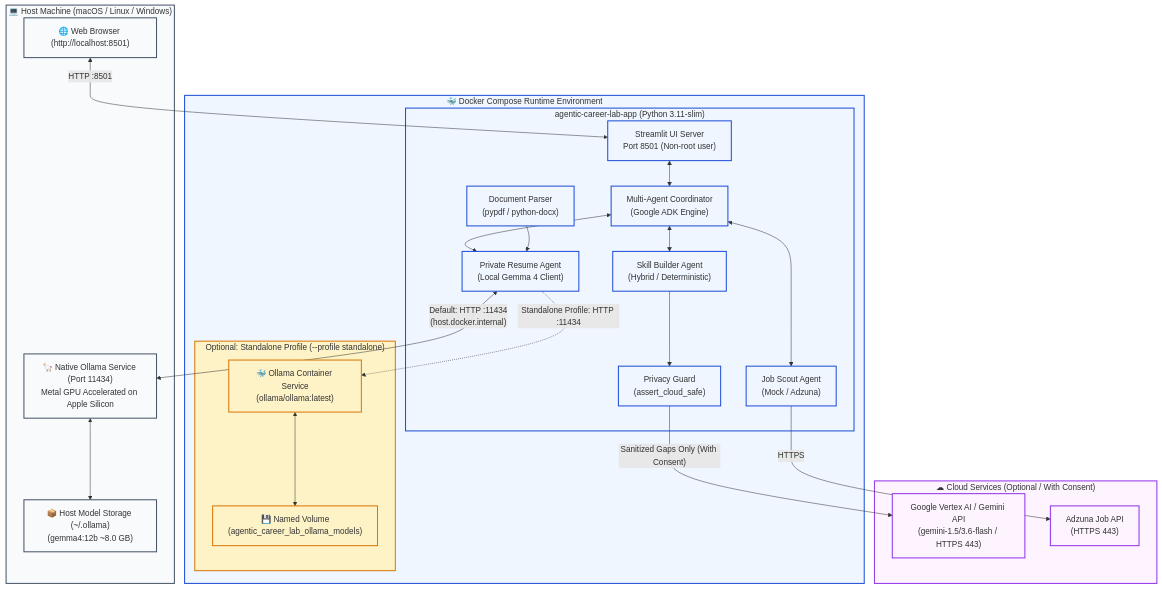
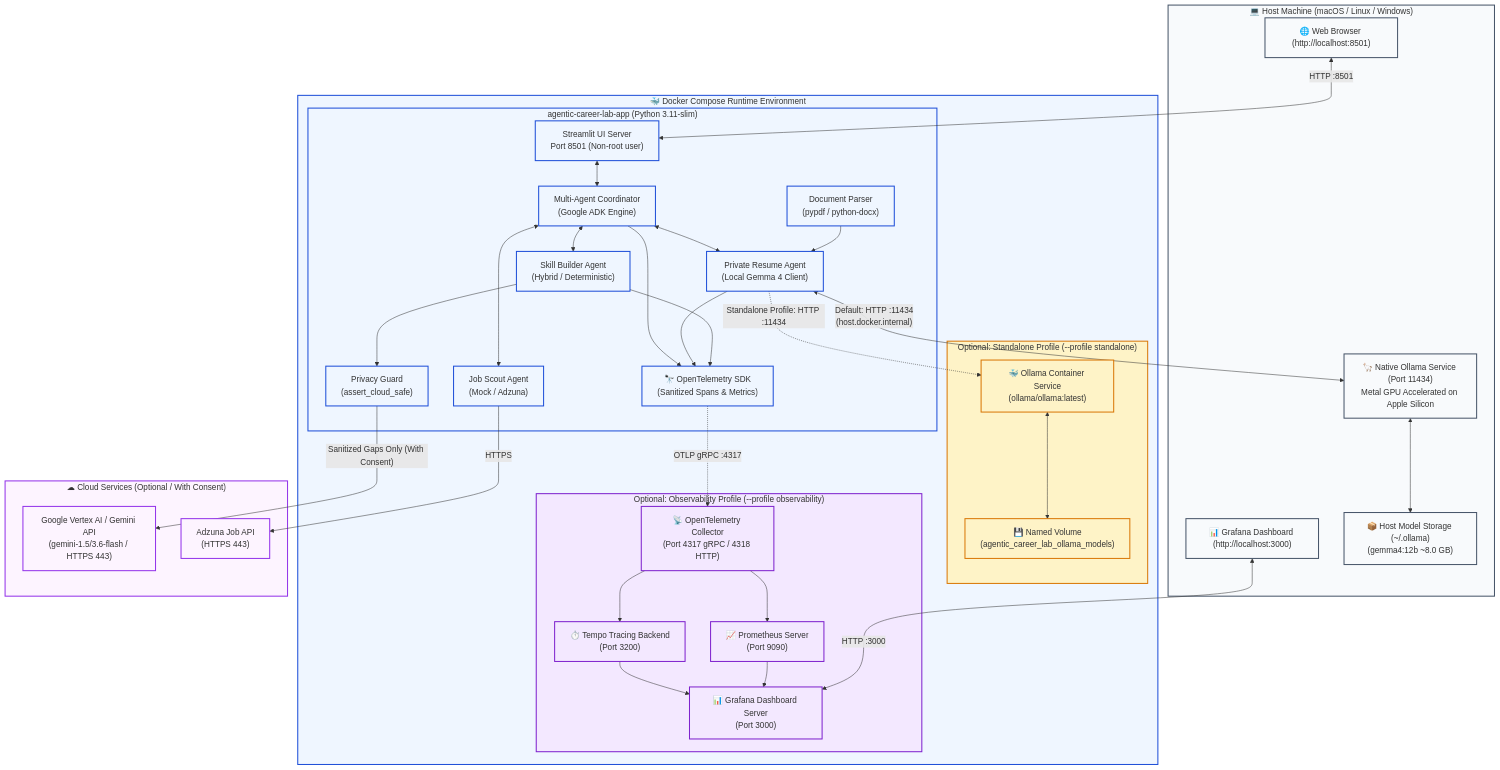
One commit to hastimal/agentic-career-lab changed the diagram in docs/diagrams/docker-architecture.mmd. Above: the diagram before and after it, drawn with Mermaid. The commit also changed 19 other files, not shown here.

Commit message:
feat(observability): Milestone 8 — OpenTelemetry, Grafana observability and evaluation

```diff
--- a/docs/diagrams/docker-architecture.mmd
+++ b/docs/diagrams/docker-architecture.mmd
@@ -1,53 +1,74 @@
 flowchart TD
     subgraph Host ["💻 Host Machine (macOS / Linux / Windows)"]
         Browser["🌐 Web Browser (http://localhost:8501)"]
+        GrafanaUI["📊 Grafana Dashboard (http://localhost:3000)"]
         OllamaNative["🦙 Native Ollama Service (Port 11434)<br/>Metal GPU Accelerated on Apple Silicon"]
         GemmaNativeStorage["📦 Host Model Storage (~/.ollama)<br/>(gemma4:12b ~8.0 GB)"]
         OllamaNative <--> GemmaNativeStorage
     end
 
     subgraph DockerCompose ["🐳 Docker Compose Runtime Environment"]
         subgraph AppContainer ["agentic-career-lab-app (Python 3.11-slim)"]
             StreamlitServer["Streamlit UI Server<br/>Port 8501 (Non-root user)"]
             CoordEngine["Multi-Agent Coordinator<br/>(Google ADK Engine)"]
             ResumeParser["Document Parser<br/>(pypdf / python-docx)"]
             ResumeAgentEngine["Private Resume Agent<br/>(Local Gemma 4 Client)"]
             JobScoutEngine["Job Scout Agent<br/>(Mock / Adzuna)"]
             SkillPlannerEngine["Skill Builder Agent<br/>(Hybrid / Deterministic)"]
             PrivacyGuardModule["Privacy Guard<br/>(assert_cloud_safe)"]
+            OTelTracer["🔭 OpenTelemetry SDK<br/>(Sanitized Spans & Metrics)"]
 
             StreamlitServer <--> CoordEngine
             CoordEngine <--> ResumeAgentEngine
             CoordEngine <--> JobScoutEngine
             CoordEngine <--> SkillPlannerEngine
             ResumeParser --> ResumeAgentEngine
             SkillPlannerEngine --> PrivacyGuardModule
+            CoordEngine --> OTelTracer
+            ResumeAgentEngine --> OTelTracer
+            SkillPlannerEngine --> OTelTracer
         end
 
         subgraph StandaloneProfile ["Optional: Standalone Profile (--profile standalone)"]
             OllamaContainer["🐳 Ollama Container Service<br/>(ollama/ollama:latest)"]
             OllamaVolume["💾 Named Volume<br/>(agentic_career_lab_ollama_models)"]
             OllamaContainer <--> OllamaVolume
+        end
+
+        subgraph ObservabilityProfile ["Optional: Observability Profile (--profile observability)"]
+            OTelCollector["📡 OpenTelemetry Collector<br/>(Port 4317 gRPC / 4318 HTTP)"]
+            TempoServer["⏱️ Tempo Tracing Backend<br/>(Port 3200)"]
+            PrometheusServer["📈 Prometheus Server<br/>(Port 9090)"]
+            GrafanaServer["📊 Grafana Dashboard Server<br/>(Port 3000)"]
+
+            OTelCollector --> TempoServer
+            OTelCollector --> PrometheusServer
+            TempoServer --> GrafanaServer
+            PrometheusServer --> GrafanaServer
         end
     end
 
     subgraph ExternalCloud ["☁ Cloud Services (Optional / With Consent)"]
         VertexAI["Google Vertex AI / Gemini API<br/>(gemini-1.5/3.6-flash / HTTPS 443)"]
         AdzunaEndpoint["Adzuna Job API<br/>(HTTPS 443)"]
     end
 
     Browser <-->|"HTTP :8501"| StreamlitServer
+    GrafanaUI <-->|"HTTP :3000"| GrafanaServer
     ResumeAgentEngine <-->|"Default: HTTP :11434<br/>(host.docker.internal)"| OllamaNative
     ResumeAgentEngine -.->|"Standalone Profile: HTTP :11434"| OllamaContainer
+    OTelTracer -.->|"OTLP gRPC :4317"| OTelCollector
     PrivacyGuardModule -->|"Sanitized Gaps Only (With Consent)"| VertexAI
     JobScoutEngine -->|"HTTPS"| AdzunaEndpoint
 
     classDef host fill:#f8fafc,stroke:#475569,stroke-width:2px;
     classDef container fill:#eff6ff,stroke:#1d4ed8,stroke-width:2px;
     classDef standalone fill:#fef3c7,stroke:#d97706,stroke-width:2px;
+    classDef obs fill:#f3e8ff,stroke:#7e22ce,stroke-width:2px;
     classDef cloud fill:#fdf4ff,stroke:#9333ea,stroke-width:2px;
 
-    class Host,Browser,OllamaNative,GemmaNativeStorage host;
-    class DockerCompose,AppContainer,StreamlitServer,CoordEngine,ResumeParser,ResumeAgentEngine,JobScoutEngine,SkillPlannerEngine,PrivacyGuardModule container;
+    class Host,Browser,GrafanaUI,OllamaNative,GemmaNativeStorage host;
+    class DockerCompose,AppContainer,StreamlitServer,CoordEngine,ResumeParser,ResumeAgentEngine,JobScoutEngine,SkillPlannerEngine,PrivacyGuardModule,OTelTracer container;
     class StandaloneProfile,OllamaContainer,OllamaVolume standalone;
+    class ObservabilityProfile,OTelCollector,TempoServer,PrometheusServer,GrafanaServer obs;
     class ExternalCloud,VertexAI,AdzunaEndpoint cloud;
```
